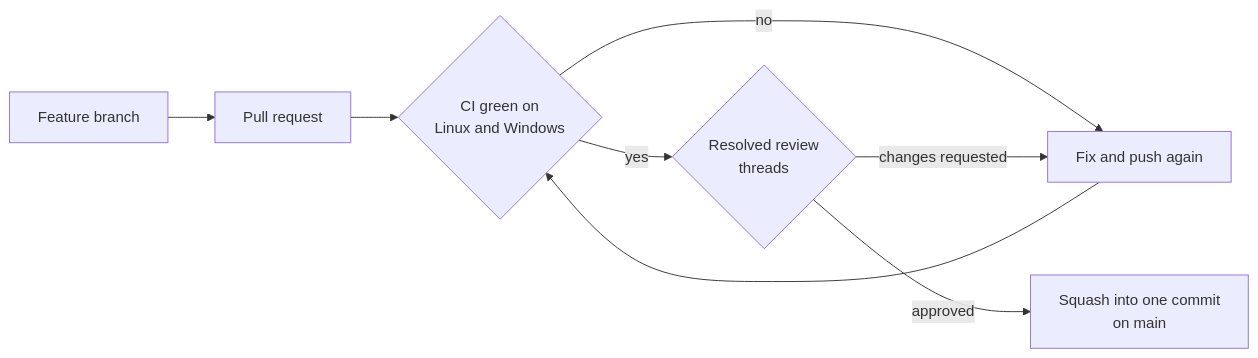
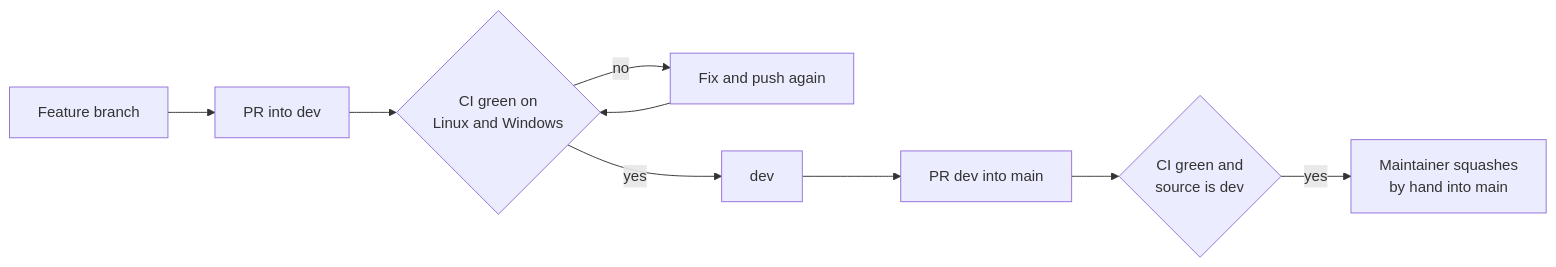
Before and after one commit to ztc0/goop: the diagram in docs/development/repository-settings.md, drawn with Mermaid. The commit also changed other lines of this file and 4 other files, not shown here.

First line of the commit message:
ci: accept pull requests into main only from dev (#4)

````diff
--- a/docs/development/repository-settings.md
+++ b/docs/development/repository-settings.md
@@ -7,9 +7,10 @@
 ```mermaid
 flowchart LR
-    Branch[Feature branch] --> PR[Pull request]
-    PR --> CI{CI green on<br/>Linux and Windows}
+    Branch[Feature branch] --> PRDev[PR into dev]
+    PRDev --> CI{CI green on<br/>Linux and Windows}
     CI -->|no| Fix[Fix and push again] --> CI
-    CI -->|yes| Review{Resolved review<br/>threads}
-    Review -->|changes requested| Fix
-    Review -->|approved| Merge[Squash into one commit<br/>on main]
+    CI -->|yes| Dev[dev]
+    Dev --> PRMain[PR dev into main]
+    PRMain --> Checks{CI green and<br/>source is dev}
+    Checks -->|yes| Merge[Maintainer squashes<br/>by hand into main]
 ```
````
